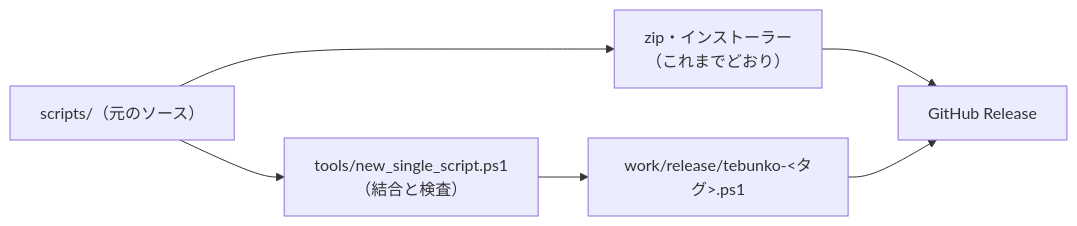
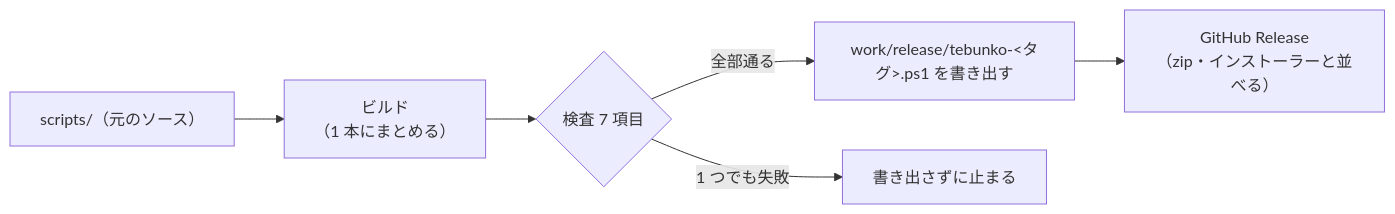
The diagram in docs/design/structure/single-script.md (hsgwa/tebunko), drawn with Mermaid before and after one commit. The commit also changed other lines of this file and 14 other files, not shown here.

````diff
--- a/docs/design/structure/single-script.md
+++ b/docs/design/structure/single-script.md
@@ -17,8 +17,8 @@
 ```mermaid
 flowchart LR
-    S["scripts/（元のソース）"] --> Z["zip・インストーラー<br>（これまでどおり）"]
-    S --> T["tools/new_single_script.ps1<br>（結合と検査）"]
-    T --> P["work/release/tebunko-#lt;タグ#gt;.ps1"]
-    Z --> R["GitHub Release"]
-    P --> R
+    S["scripts/（元のソース）"] --> B["ビルド<br>（1 本にまとめる）"]
+    B --> C{"検査 7 項目"}
+    C -->|全部通る| W["work/release/tebunko-#lt;タグ#gt;.ps1 を書き出す"]
+    C -->|1 つでも失敗| X["書き出さずに止まる"]
+    W --> R["GitHub Release<br>（zip・インストーラーと並べる）"]
 ```
````
